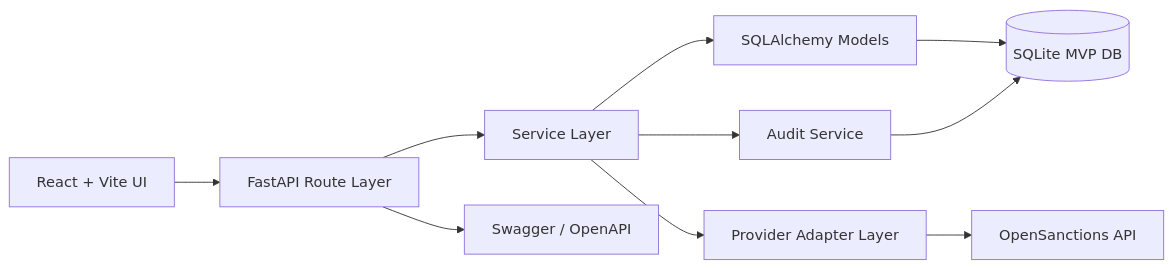
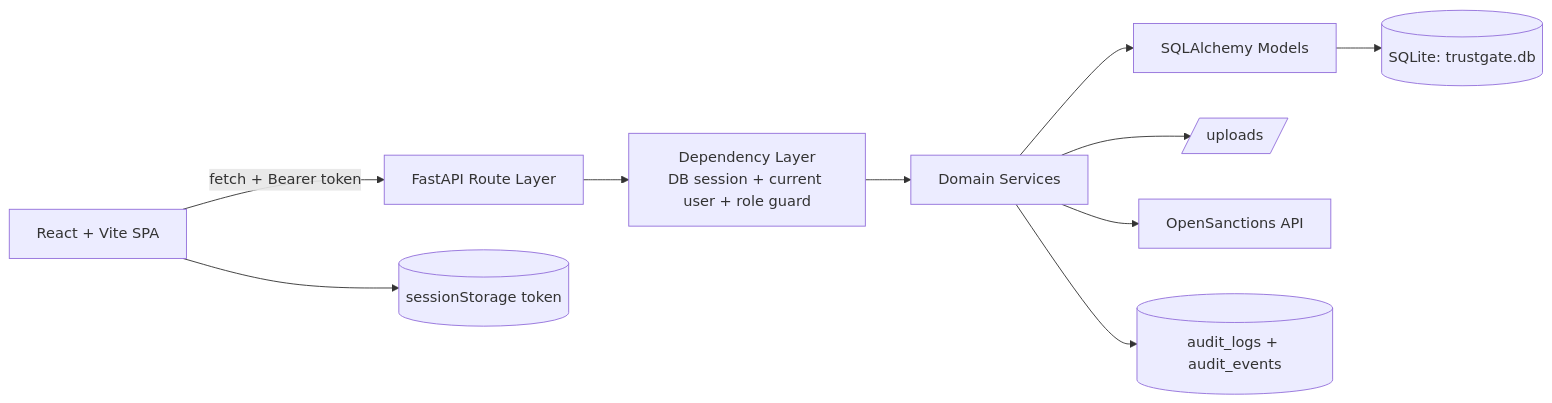
Before and after one commit to njabulobc/trustgate1: the second of 7 diagrams in docs/trustgate_prototype_document.md, drawn with Mermaid. The commit also changed other lines of this file and 5 other files, not shown here.

````diff
--- a/docs/trustgate_prototype_document.md
+++ b/docs/trustgate_prototype_document.md
@@ -336,12 +234,12 @@
 ```mermaid
 flowchart LR
-    UI[React + Vite UI] --> API[FastAPI Route Layer]
-    API --> SVC[Service Layer]
-    SVC --> ORM[SQLAlchemy Models]
-    ORM --> DB[(SQLite MVP DB)]
-    SVC --> PAD[Provider Adapter Layer]
-    PAD --> OS[OpenSanctions API]
-    SVC --> AUD[Audit Service]
-    AUD --> DB
-    API --> OAS[Swagger / OpenAPI]
+    UI[React + Vite SPA] -->|fetch + Bearer token| API[FastAPI Route Layer]
+    UI --> SS[(sessionStorage token)]
+    API --> DEPS[Dependency Layer<br/>DB session + current user + role guard]
+    DEPS --> SERVICES[Domain Services]
+    SERVICES --> ORM[SQLAlchemy Models]
+    ORM --> DB[(SQLite: trustgate.db)]
+    SERVICES --> FILES[/uploads/]
+    SERVICES --> EXT[OpenSanctions API]
+    SERVICES --> AUDIT[(audit_logs + audit_events)]
 ```
````
